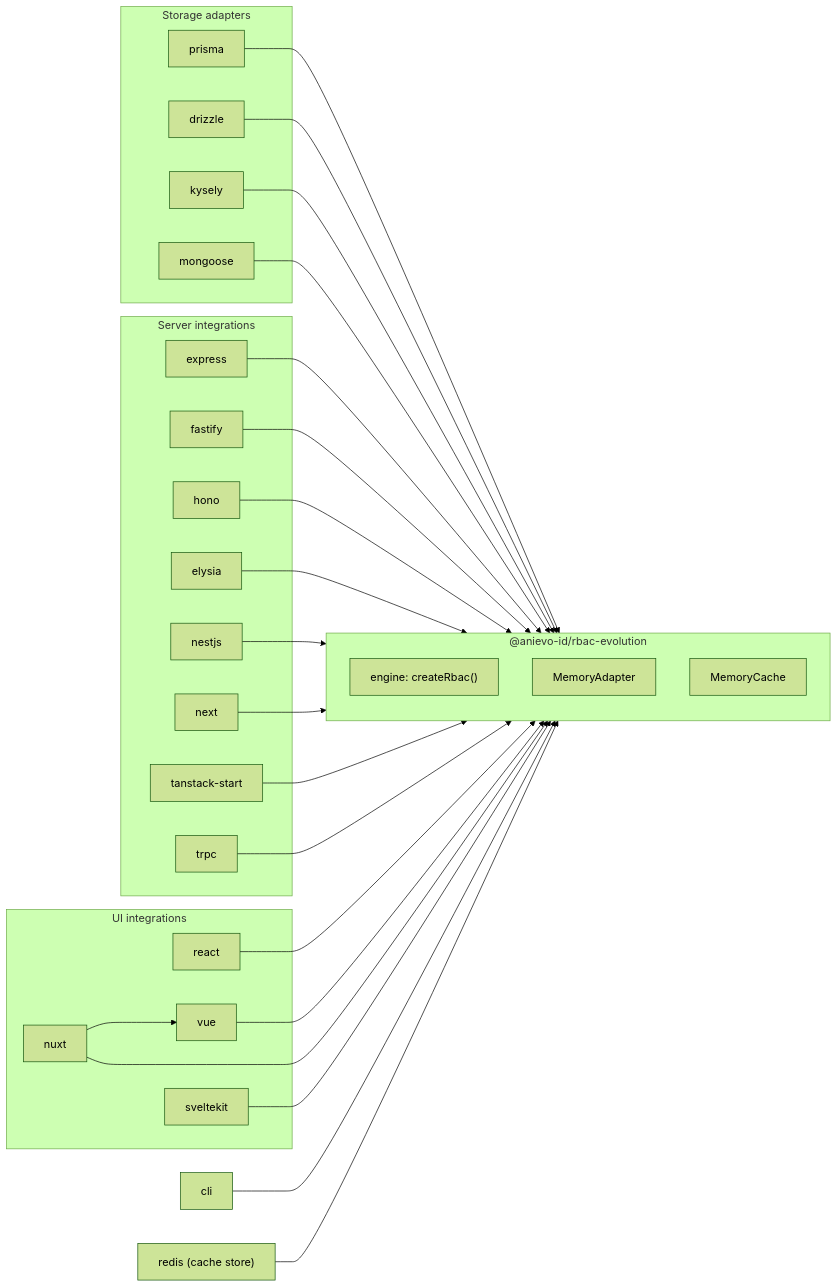
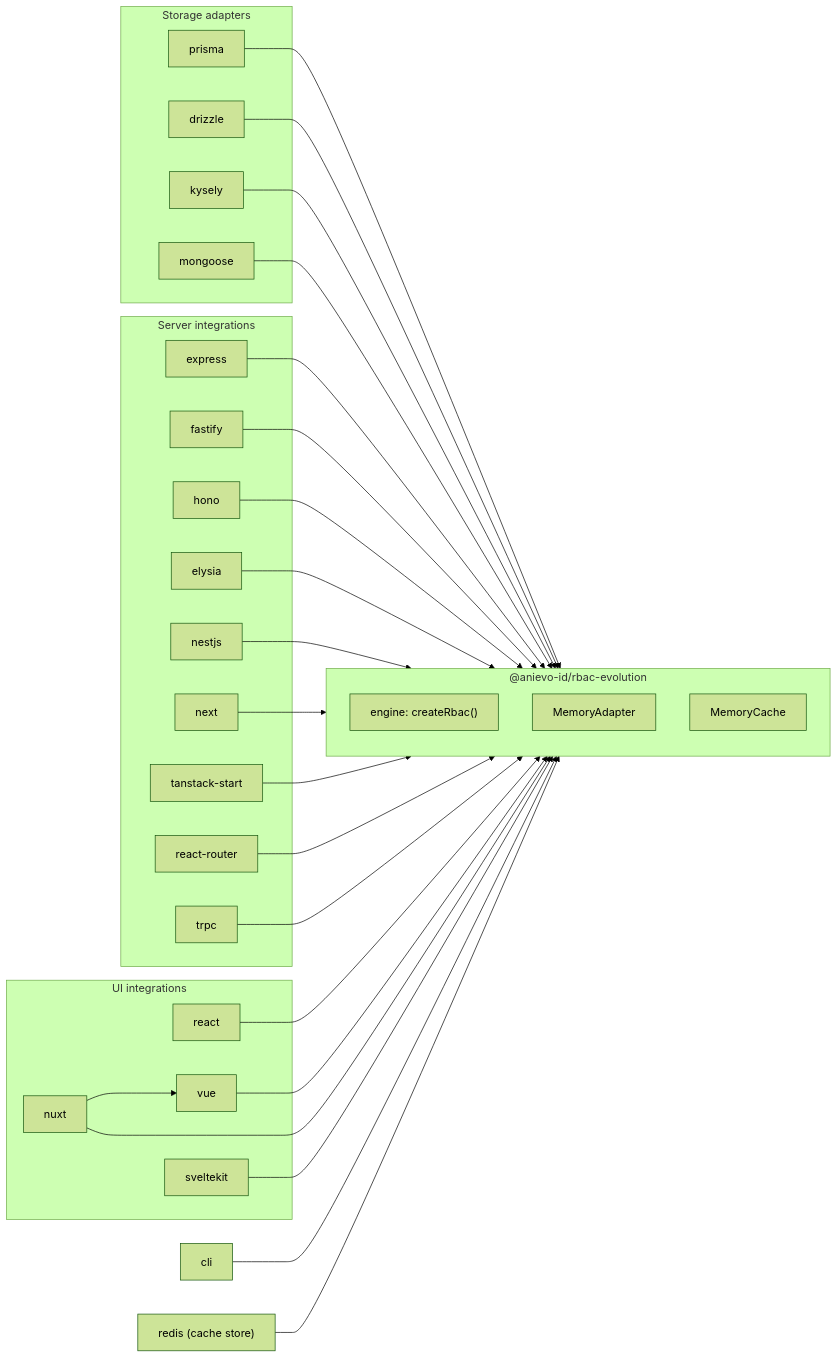
The first of 8 diagrams in docs/guide/how-it-works.md (AniEvo-ID/rbac-evolution), drawn with Mermaid (forest theme) before and after one commit. The commit also changed other lines of this file and 25 other files, not shown here.

First line of the commit message:
feat(react-router): add the React Router integration (new package) (#108)

````diff
--- a/docs/guide/how-it-works.md
+++ b/docs/guide/how-it-works.md
@@ -17,56 +17,58 @@
 ```mermaid
 flowchart LR
   subgraph adapters["Storage adapters"]
     prisma["prisma"]
     drizzle["drizzle"]
     kysely["kysely"]
     mongoose["mongoose"]
   end
 
   subgraph core["@anievo-id/rbac-evolution"]
     engine["engine: createRbac()"]
     memory["MemoryAdapter"]
     cache["MemoryCache"]
   end
 
   subgraph server["Server integrations"]
     express["express"]
     fastify["fastify"]
     hono["hono"]
     elysia["elysia"]
     nestjs["nestjs"]
     next["next"]
     tanstack["tanstack-start"]
+    reactrouter["react-router"]
     trpc["trpc"]
   end
 
   subgraph ui["UI integrations"]
     react["react"]
     vue["vue"]
     nuxt["nuxt"]
     sveltekit["sveltekit"]
   end
 
   cli["cli"]
   redis["redis (cache store)"]
 
   prisma --> core
   drizzle --> core
   kysely --> core
   mongoose --> core
   express --> core
   fastify --> core
   hono --> core
   elysia --> core
   nestjs --> core
   next --> core
   tanstack --> core
+  reactrouter --> core
   trpc --> core
   react --> core
   vue --> core
   nuxt --> core
   nuxt --> vue
   sveltekit --> core
   cli --> core
   redis --> core
 ```
````
